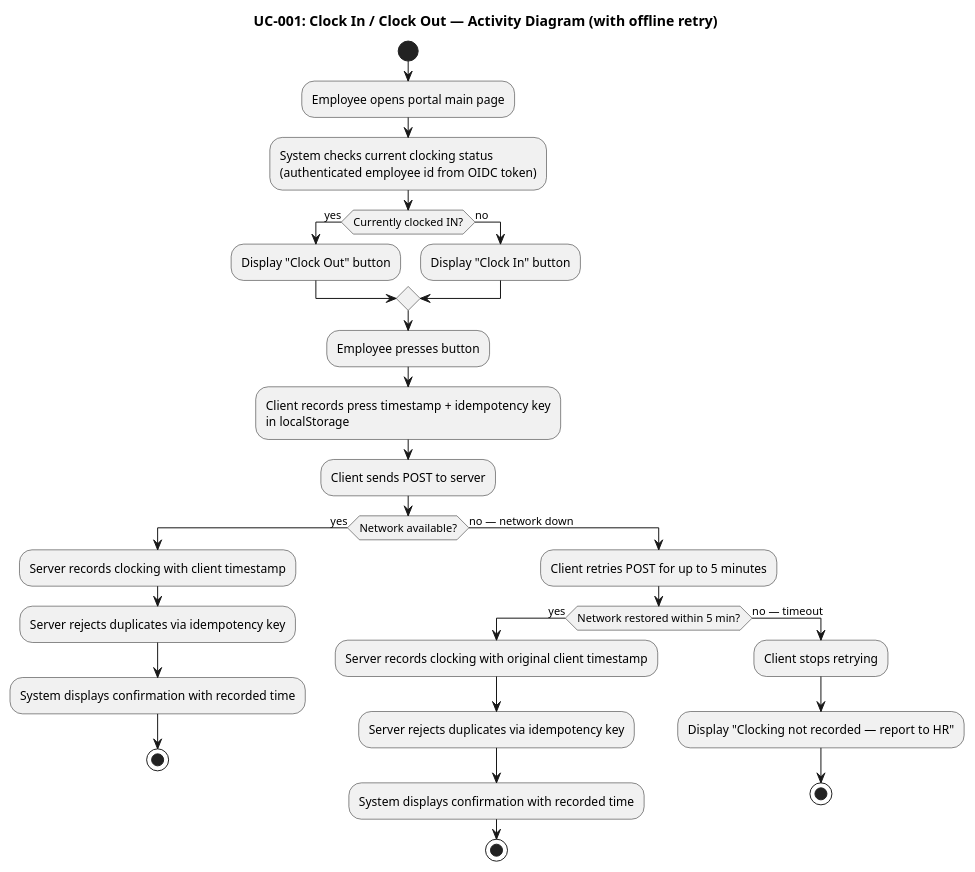
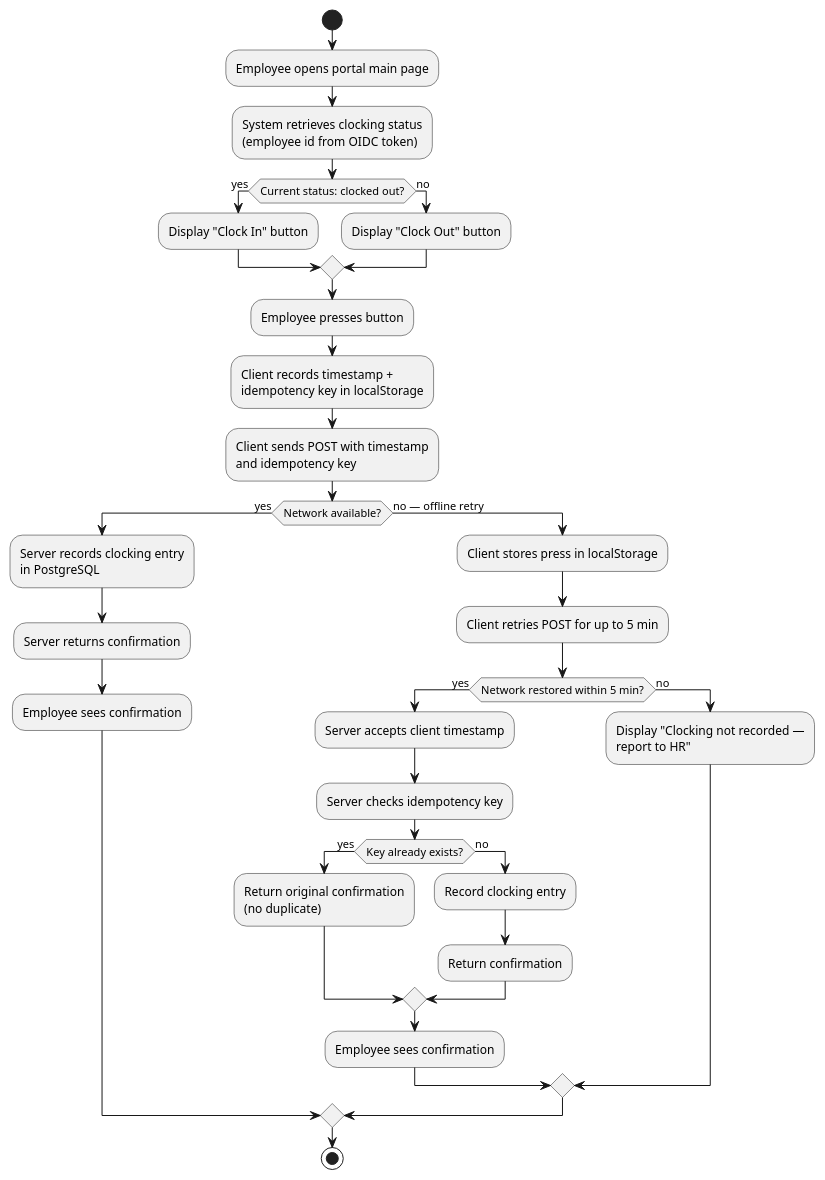
Before and after one commit to banense-test/portal-cuba-corp: the second of 3 diagrams in docs/artifacts/requirements/use-case-model.md, drawn with PlantUML. The commit also changed other lines of this file, not shown here.

First line of the commit message:
System Analyst [I2]: upsert Use-Case Model

````diff
--- a/docs/artifacts/requirements/use-case-model.md
+++ b/docs/artifacts/requirements/use-case-model.md
@@ -143,38 +128,37 @@
 ```plantuml
 @startuml
-title UC-001: Clock In / Clock Out — Activity Diagram (with offline retry)
-
 start
 :Employee opens portal main page;
-:System checks current clocking status\n(authenticated employee id from OIDC token);
-if (Currently clocked IN?) then (yes)
+:System retrieves clocking status\n(employee id from OIDC token);
+if (Current status: clocked out?) then (yes)
+  :Display "Clock In" button;
+else (no)
   :Display "Clock Out" button;
-else (no)
-  :Display "Clock In" button;
 endif
-
 :Employee presses button;
-:Client records press timestamp + idempotency key\nin localStorage;
-:Client sends POST to server;
-
+:Client records timestamp +\nidempotency key in localStorage;
+:Client sends POST with timestamp\nand idempotency key;
 if (Network available?) then (yes)
-  :Server records clocking with client timestamp;
-  :Server rejects duplicates via idempotency key;
-  :System displays confirmation with recorded time;
-  stop
-else (no — network down)
-  :Client retries POST for up to 5 minutes;
+  :Server records clocking entry\nin PostgreSQL;
+  :Server returns confirmation;
+  :Employee sees confirmation;
+else (no — offline retry)
+  :Client stores press in localStorage;
+  :Client retries POST for up to 5 min;
   if (Network restored within 5 min?) then (yes)
-    :Server records clocking with original client timestamp;
-    :Server rejects duplicates via idempotency key;
-    :System displays confirmation with recorded time;
-    stop
-  else (no — timeout)
-    :Client stops retrying;
-    :Display "Clocking not recorded — report to HR";
-    stop
+    :Server accepts client timestamp;
+    :Server checks idempotency key;
+    if (Key already exists?) then (yes)
+      :Return original confirmation\n(no duplicate);
+    else (no)
+      :Record clocking entry;
+      :Return confirmation;
+    endif
+    :Employee sees confirmation;
+  else (no)
+    :Display "Clocking not recorded —\nreport to HR";
   endif
 endif
-
+stop
 @enduml
 ```
````
